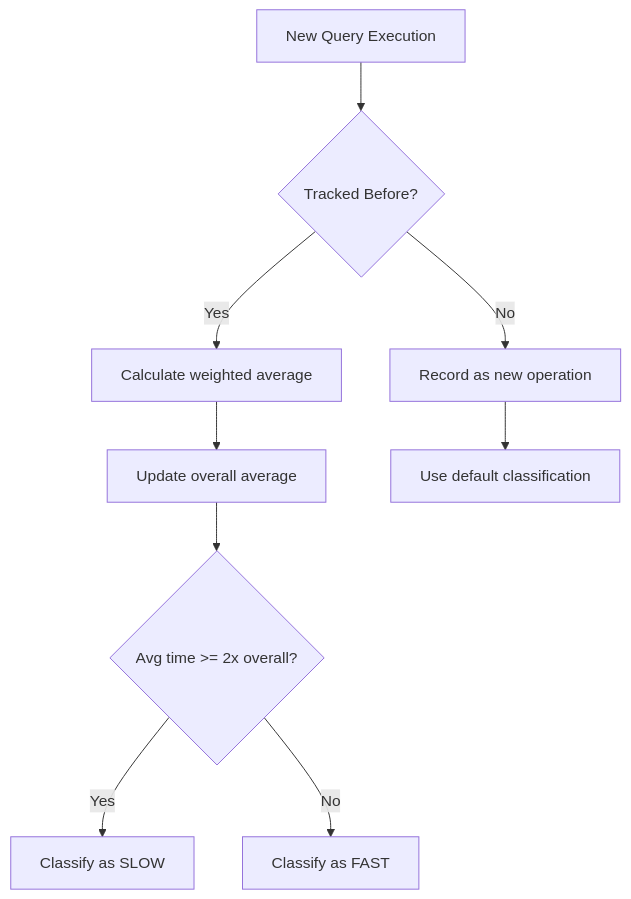
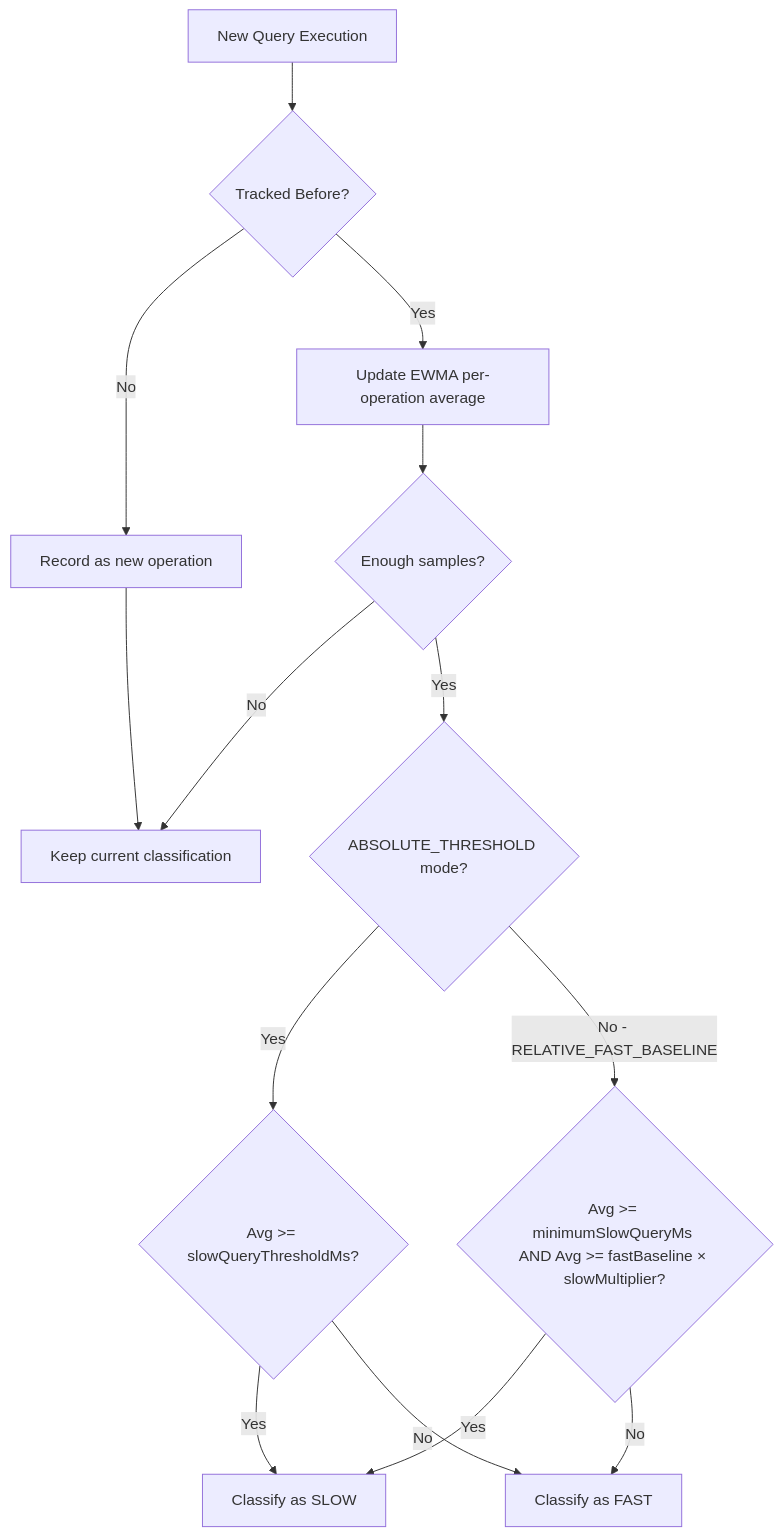
The second of 5 diagrams in documents/ebook/part3-chapter8-slow-query-segregation.md (Open-JDBC-Proxy/ojp), drawn with Mermaid before and after one commit. The commit also changed other lines of this file and 1 other file, not shown here.

Commit message:
docs: update SQS classification docs from RELATIVE_AVERAGE to RELATIVE_FAST_BASELINE

````diff
--- a/documents/ebook/part3-chapter8-slow-query-segregation.md
+++ b/documents/ebook/part3-chapter8-slow-query-segregation.md
@@ -79,11 +91,16 @@
 ```mermaid
 graph TD
     A[New Query Execution] --> B{Tracked Before?}
     B -->|No| C[Record as new operation]
-    B -->|Yes| D[Calculate weighted average]
-    D --> E[Update overall average]
-    E --> F{Avg time >= 2x overall?}
-    F -->|Yes| G[Classify as SLOW]
-    F -->|No| H[Classify as FAST]
-    C --> I[Use default classification]
+    B -->|Yes| D[Update EWMA per-operation average]
+    D --> E{Enough samples?}
+    E -->|No| I[Keep current classification]
+    E -->|Yes| F{ABSOLUTE_THRESHOLD mode?}
+    F -->|Yes| FA{Avg >= slowQueryThresholdMs?}
+    FA -->|Yes| G[Classify as SLOW]
+    FA -->|No| H[Classify as FAST]
+    F -->|No - RELATIVE_FAST_BASELINE| FB{"Avg >= minimumSlowQueryMs AND Avg >= fastBaseline × slowMultiplier?"}
+    FB -->|Yes| G
+    FB -->|No| H
+    C --> I
 ```
````
